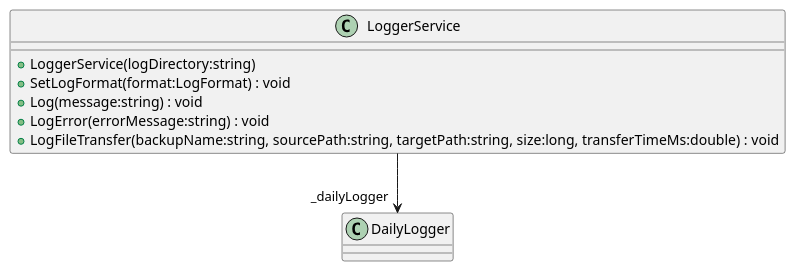
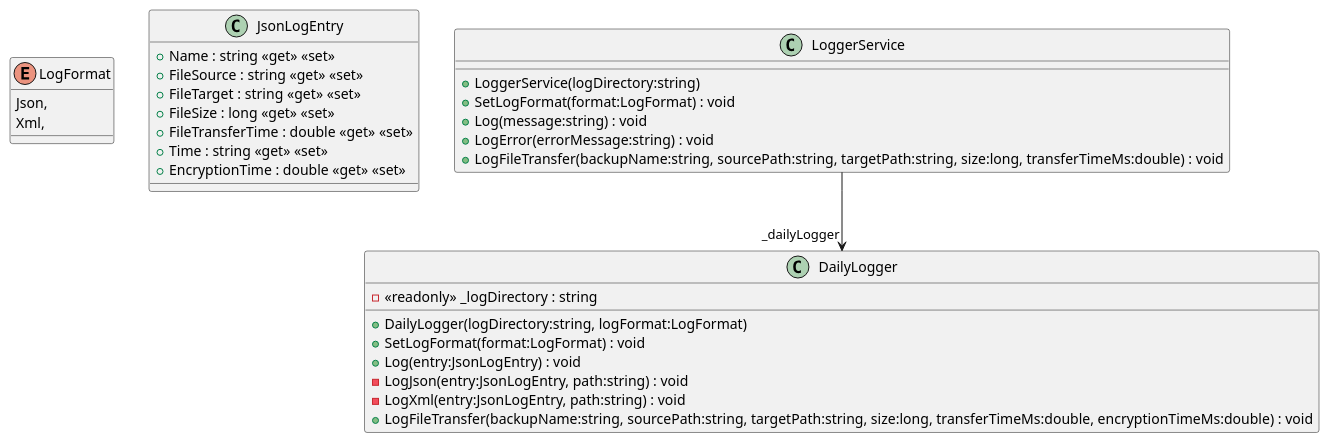
One commit to ArtyBrg/EasySave changed the diagram in EasySave_V1_1/Class Test/Services/LoggerService.puml. Above: the diagram before and after it, drawn with PlantUML. The commit also changed 63 other files, not shown here.

Commit message:
Add CryptTime in Log

```diff
--- a/EasySave_V1_1/Class Test/Services/LoggerService.puml
+++ b/EasySave_V1_1/Class Test/Services/LoggerService.puml
@@ -1,10 +1,33 @@
 @startuml
+enum LogFormat {
+    Json,
+    Xml,
+}
+class JsonLogEntry {
+    + Name : string <<get>> <<set>>
+    + FileSource : string <<get>> <<set>>
+    + FileTarget : string <<get>> <<set>>
+    + FileSize : long <<get>> <<set>>
+    + FileTransferTime : double <<get>> <<set>>
+    + Time : string <<get>> <<set>>
+    + EncryptionTime : double <<get>> <<set>>
+}
 class LoggerService {
     + LoggerService(logDirectory:string)
     + SetLogFormat(format:LogFormat) : void
     + Log(message:string) : void
     + LogError(errorMessage:string) : void
     + LogFileTransfer(backupName:string, sourcePath:string, targetPath:string, size:long, transferTimeMs:double) : void
 }
 LoggerService --> "_dailyLogger" DailyLogger
+
+Class DailyLogger {
+    - <<readonly>> _logDirectory : string
+    + DailyLogger(logDirectory:string, logFormat:LogFormat)
+    + SetLogFormat(format:LogFormat) : void
+    + Log(entry:JsonLogEntry) : void
+    - LogJson(entry:JsonLogEntry, path:string) : void
+    - LogXml(entry:JsonLogEntry, path:string) : void
+    + LogFileTransfer(backupName:string, sourcePath:string, targetPath:string, size:long, transferTimeMs:double, encryptionTimeMs:double) : void
+}
 @enduml
```
